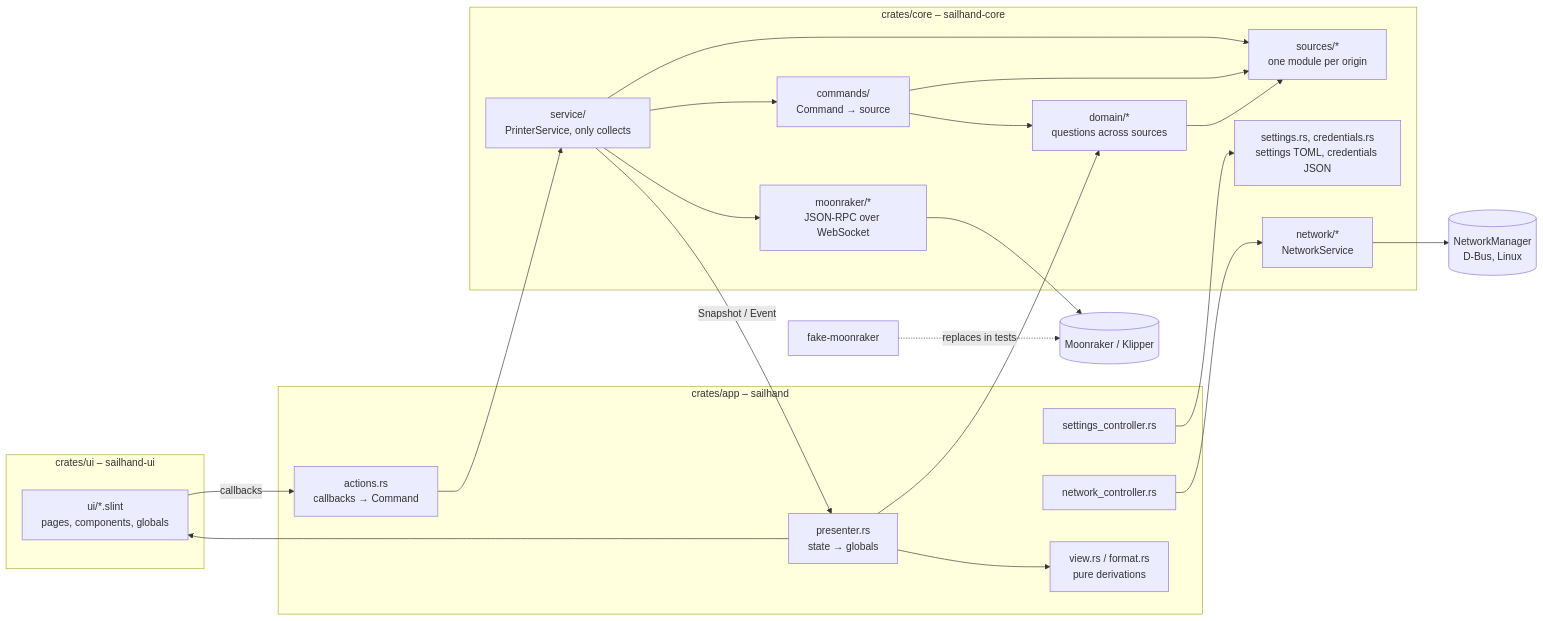
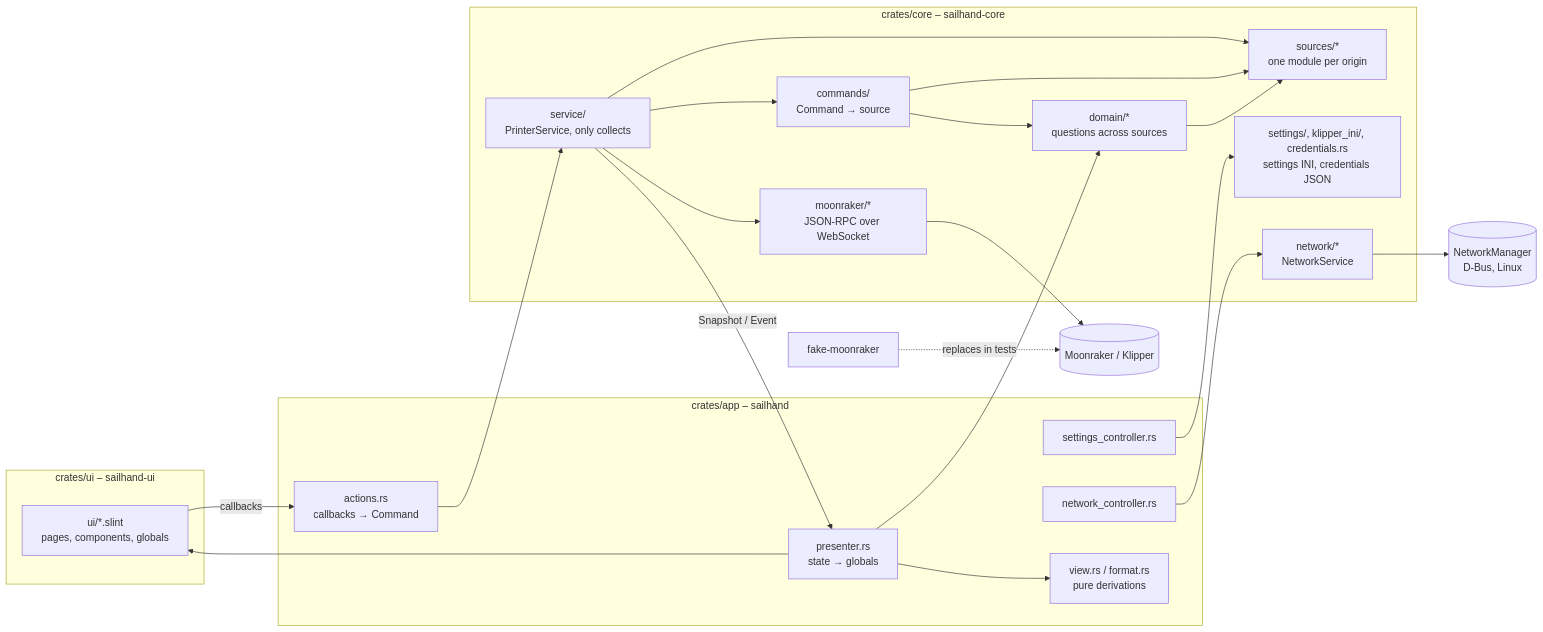
The diagram in docs/architecture.md (freakydude/freakymate), drawn with Mermaid before and after one commit. The commit also changed 72 other files, not shown here.

````diff
--- a/docs/architecture.md
+++ b/docs/architecture.md
@@ -8,37 +8,37 @@
 ```mermaid
 flowchart LR
     subgraph ui [crates/ui – sailhand-ui]
         UI[ui/*.slint<br/>pages, components, globals]
     end
     subgraph app [crates/app – sailhand]
         P[presenter.rs<br/>state → globals]
         A[actions.rs<br/>callbacks → Command]
         S[settings_controller.rs]
         N[network_controller.rs]
         V[view.rs / format.rs<br/>pure derivations]
     end
     subgraph core [crates/core – sailhand-core]
         SVC[service/<br/>PrinterService, only collects]
         CMD[commands/<br/>Command → source]
         DOM[domain/*<br/>questions across sources]
         SRC[sources/*<br/>one module per origin]
         MR[moonraker/*<br/>JSON-RPC over WebSocket]
-        SET[settings.rs, credentials.rs<br/>settings TOML, credentials JSON]
+        SET[settings/, klipper_ini/, credentials.rs<br/>settings INI, credentials JSON]
         NET[network/*<br/>NetworkService]
     end
     M[(Moonraker / Klipper)]
     F[fake-moonraker]
     NM[(NetworkManager<br/>D-Bus, Linux)]
 
     UI -- callbacks --> A --> SVC
     SVC -- Snapshot / Event --> P --> UI
     P --> V
     P --> DOM
     S --> SET
     SVC --> CMD --> DOM --> SRC
     CMD --> SRC
     SVC --> SRC
     SVC --> MR --> M
     F -. replaces in tests .-> M
     N --> NET --> NM
 ```
````
